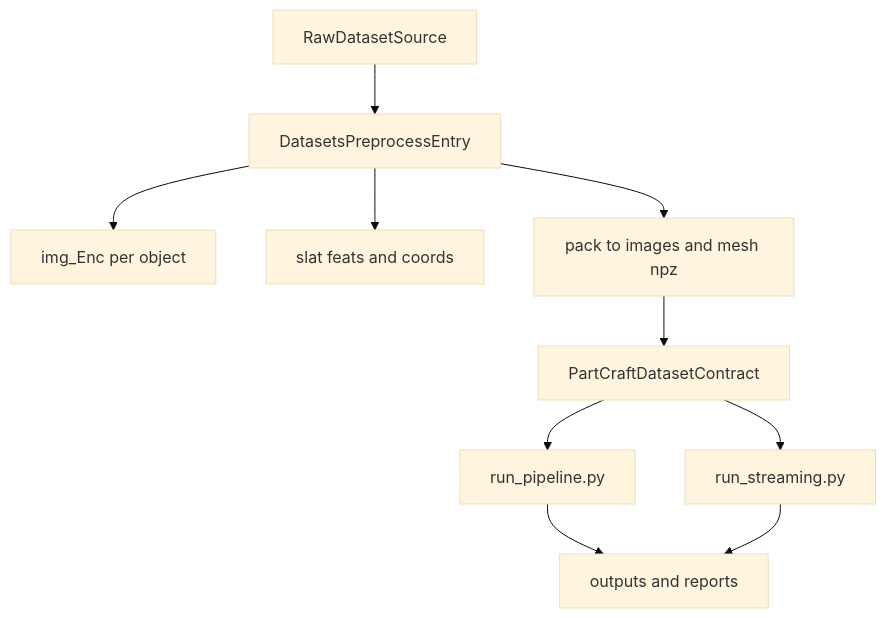
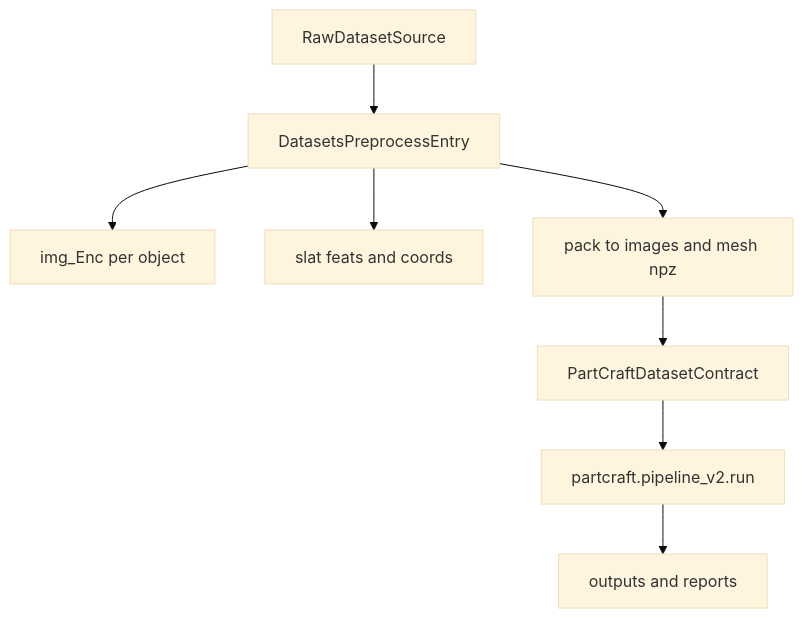
One commit to Dennis-JwWeng/PartCraft3D changed the diagram in docs/ARCH.md. Above: the diagram before and after it, drawn with Mermaid (base theme). The commit also changed other lines of this file and 64 other files, not shown here.

````diff
--- a/docs/ARCH.md
+++ b/docs/ARCH.md
@@ -196,12 +111,10 @@
 ```mermaid
 flowchart TD
   rawData[RawDatasetSource] --> preprocessEntry[DatasetsPreprocessEntry]
   preprocessEntry --> imgEnc[img_Enc per object]
   preprocessEntry --> slat[slat feats and coords]
   preprocessEntry --> packNpz[pack to images and mesh npz]
   packNpz --> datasetContract[PartCraftDatasetContract]
-  datasetContract --> batchEntry[run_pipeline.py]
-  datasetContract --> streamingEntry[run_streaming.py]
-  batchEntry --> outputs[outputs and reports]
-  streamingEntry --> outputs
+  datasetContract --> pipelineEntry[partcraft.pipeline_v2.run]
+  pipelineEntry --> outputs[outputs and reports]
 ```
````
